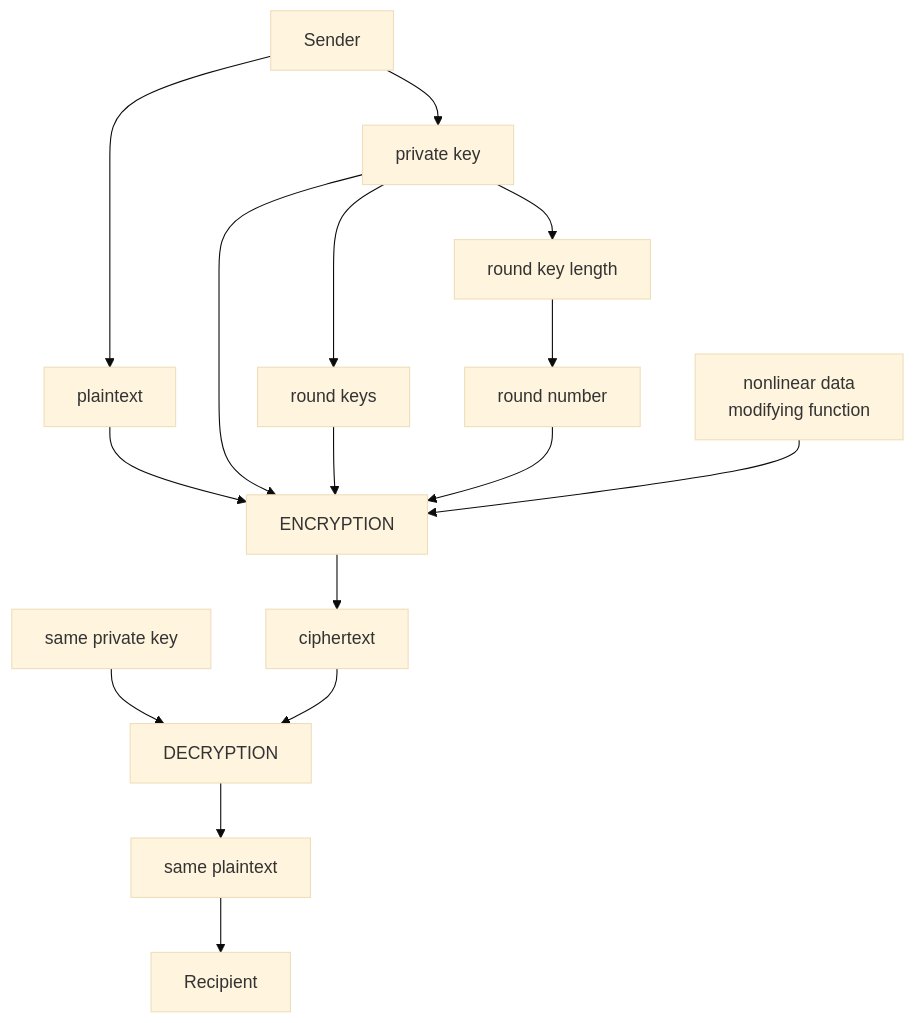
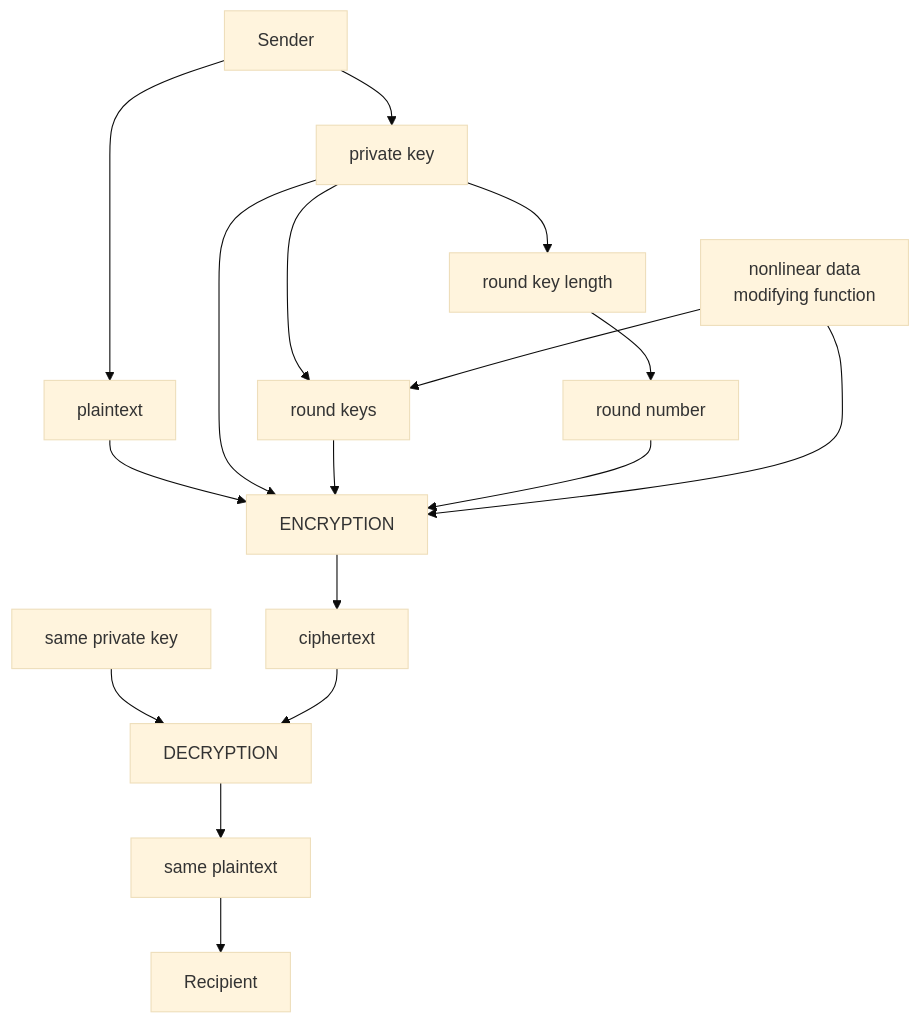
One commit to Kietpawpan/encryption changed the diagram in README.md. Above: the diagram before and after it, drawn with Mermaid (base theme).

````diff
--- a/README.md
+++ b/README.md
@@ -5,12 +5,13 @@
 ```mermaid
 flowchart TD
     A[Sender] --> B[plaintext]-->D
     C[private key]-->D[ENCRYPTION]-->E[ciphertext]
     F[Recipient]
     C2[same private key]-->G[DECRYPTION]-->I[same plaintext]-->F
      E-->G
 A-->C
 C-->RK[round keys]-->D
 C-->RKL[round key length]-->RN[round number]-->D
 FC[nonlinear data \nmodifying function]-->D
+FC-->RK
 ```
````
